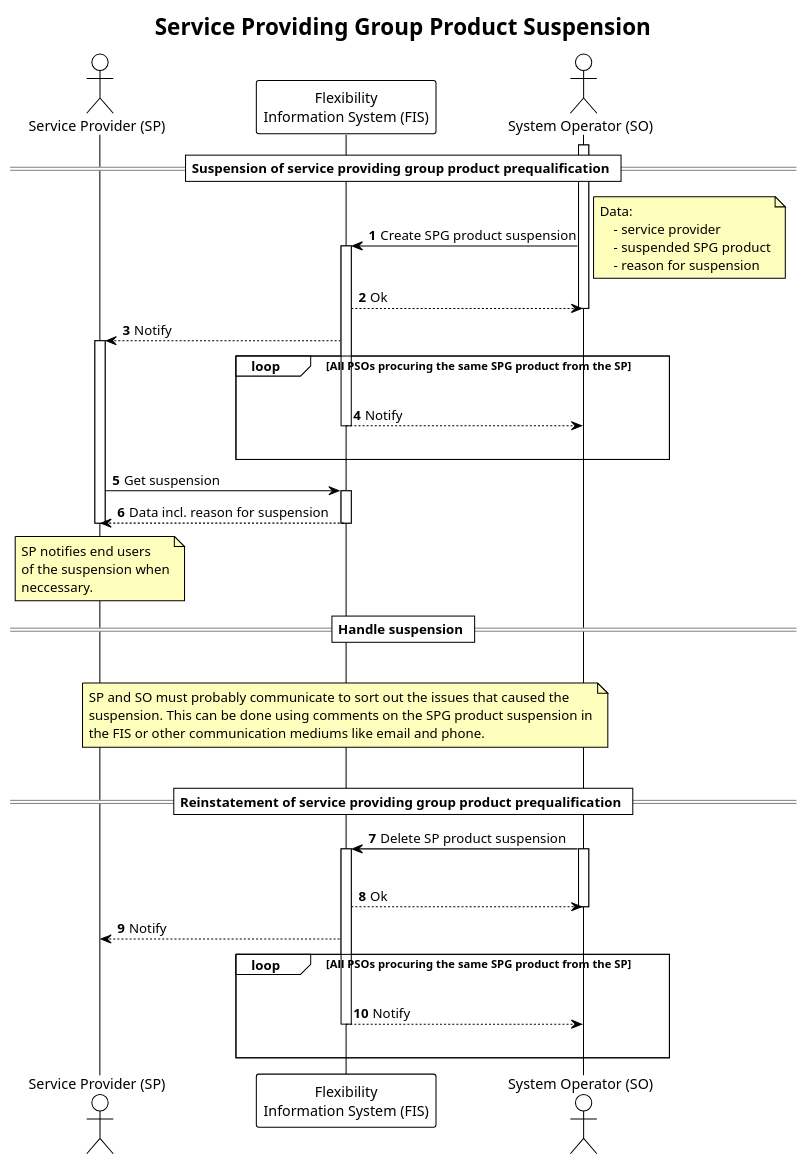
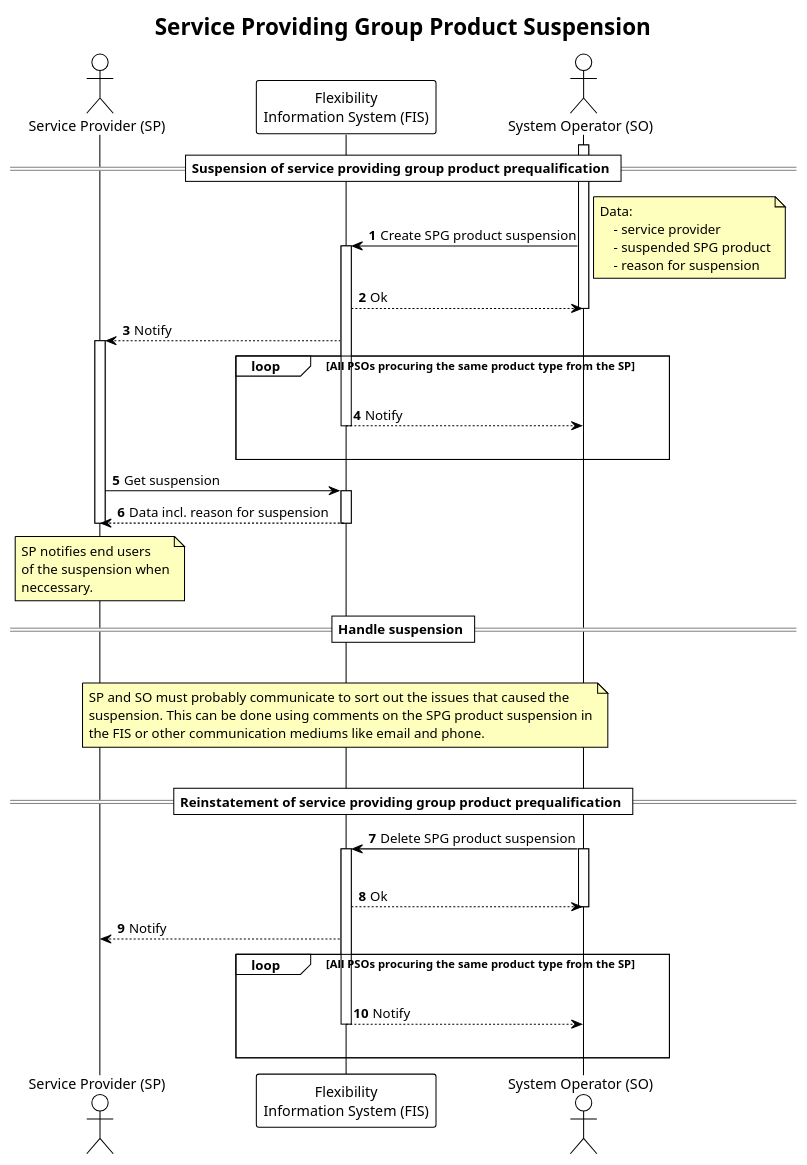
One commit to elhub/flex-information-system changed the diagram in docs/diagrams/service_providing_group_product_suspension.plantuml. Above: the diagram before and after it, drawn with PlantUML.

Commit message:
fix: suspension combination, diagram not finished

```diff
--- a/docs/diagrams/service_providing_group_product_suspension.plantuml
+++ b/docs/diagrams/service_providing_group_product_suspension.plantuml
@@ -1,79 +1,79 @@
 @startuml service_providing_group_product_suspension
 
 !theme plain
 
 title Service Providing Group Product Suspension
 
 autonumber
 skinparam note {
     BackgroundColor #FFFFBD
 }
 
 actor "Service Provider (SP)" as SP
 participant "Flexibility\nInformation System (FIS)" as FIS
 actor "System Operator (SO)" as SO
 
 == Suspension of service providing group product prequalification ==
 
 activate SO
 SO -> FIS: Create SPG product suspension
 
 note right
     Data:
         - service provider
         - suspended SPG product
         - reason for suspension
 end note
 
 activate FIS
 
 FIS --> SO: Ok
 deactivate SO
 FIS --> SP: Notify
 activate SP
-loop All PSOs procuring the same SPG product from the SP
+loop All PSOs procuring the same product type from the SP
     |||
     FIS --> SO: Notify
     deactivate FIS
     |||
 end
 
 SP -> FIS: Get suspension
 activate FIS
 FIS --> SP: Data incl. reason for suspension
 deactivate FIS
 
 note over SP
     SP notifies end users
     of the suspension when
     neccessary.
 end note
 
 
 == Handle suspension ==
 |||
 note over FIS
     SP and SO must probably communicate to sort out the issues that caused the
     suspension. This can be done using comments on the SPG product suspension in
     the FIS or other communication mediums like email and phone.
 end note
 |||
 deactivate SP
 == Reinstatement of service providing group product prequalification ==
 
-SO -> FIS: Delete SP product suspension
+SO -> FIS: Delete SPG product suspension
 activate SO
 |||
 activate FIS
 FIS --> SO: Ok
 deactivate SO
 FIS --> SP: Notify
 
-loop All PSOs procuring the same SPG product from the SP
+loop All PSOs procuring the same product type from the SP
     |||
     FIS --> SO: Notify
     deactivate FIS
     |||
 end
 
 @enduml
```
